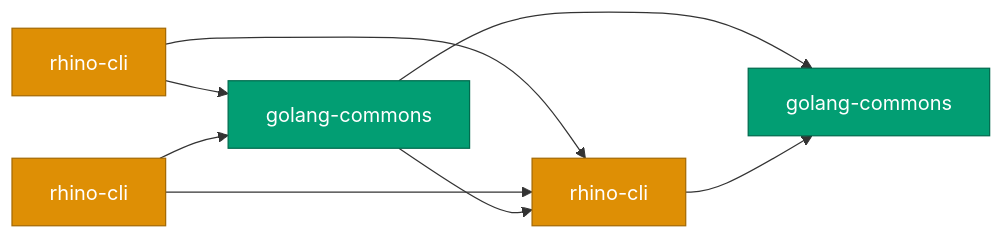
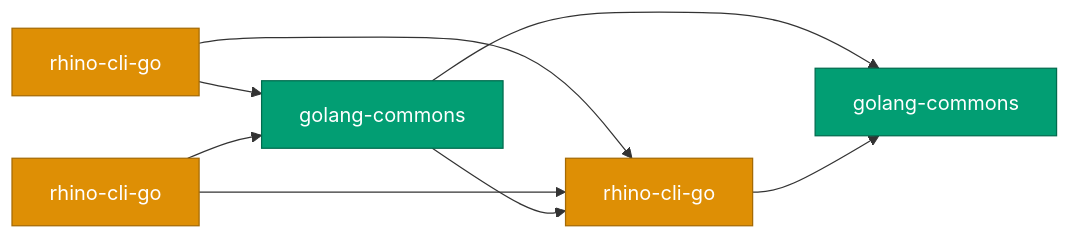
One commit to wahidyankf/ose-primer changed the first of 3 diagrams in docs/reference/project-dependency-graph.md. Above: the diagram before and after it, drawn with Mermaid. The commit also changed other lines of this file and 27 other files, not shown here.

````diff
--- a/docs/reference/project-dependency-graph.md
+++ b/docs/reference/project-dependency-graph.md
@@ -60,19 +60,19 @@
 ```mermaid
 graph LR
-  AKC[rhino-cli]:::cli
-  OPC[rhino-cli]:::cli
-  RC[rhino-cli]:::cli
+  AKC[rhino-cli-go]:::cli
+  OPC[rhino-cli-go]:::cli
+  RC[rhino-cli-go]:::cli
   HC[golang-commons]:::lib
   GC[golang-commons]:::lib
 
   AKC --> HC
   AKC --> RC
   OPC --> HC
   OPC --> RC
   HC --> RC
   HC --> GC
   RC --> GC
 
   classDef lib fill:#029E73,stroke:#016B4E,color:#FFFFFF
   classDef cli fill:#DE8F05,stroke:#A56A04,color:#FFFFFF
 ```
````
